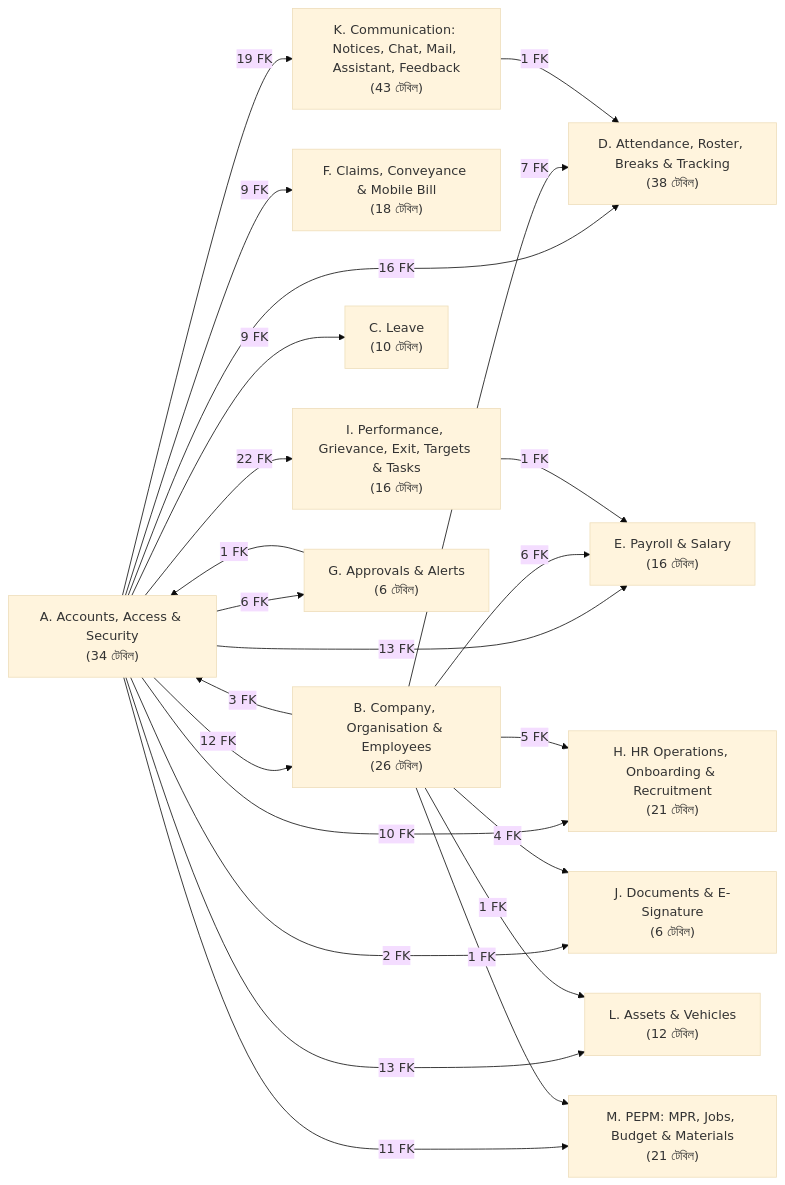
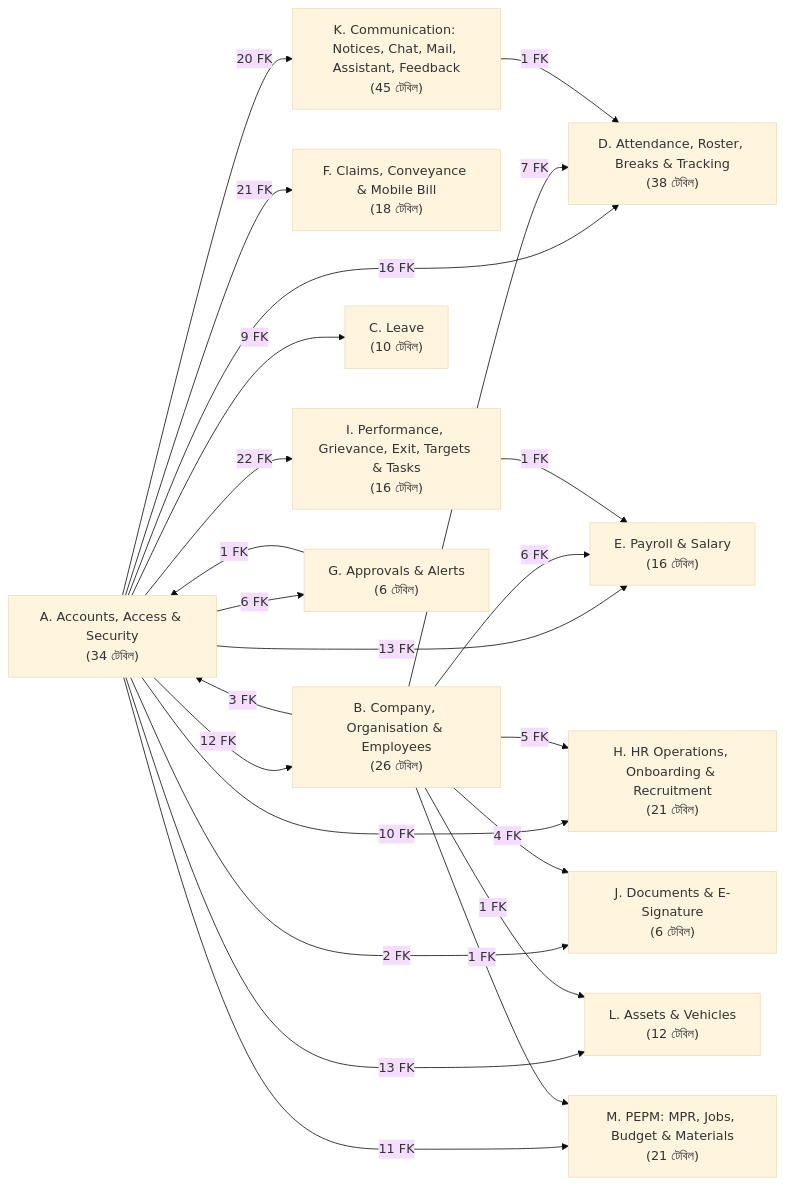
One commit to ruhulamencredence/CredenceHR changed the diagram in docs/architecture/database/diagrams/00-module-map.mmd. Above: the diagram before and after it, drawn with Mermaid (base theme). The commit also changed 27 other files, not shown here.

First line of the commit message:
docs: chat_lists and chat_list_rooms in the data dictionary and diagrams

```diff
--- a/docs/architecture/database/diagrams/00-module-map.mmd
+++ b/docs/architecture/database/diagrams/00-module-map.mmd
@@ -1,36 +1,36 @@
 flowchart LR
-  K["K. Communication: Notices, Chat, Mail, Assistant, Feedback<br/>(43 টেবিল)"]
+  K["K. Communication: Notices, Chat, Mail, Assistant, Feedback<br/>(45 টেবিল)"]
   H["H. HR Operations, Onboarding & Recruitment<br/>(21 টেবিল)"]
   D["D. Attendance, Roster, Breaks & Tracking<br/>(38 টেবিল)"]
   A["A. Accounts, Access & Security<br/>(34 টেবিল)"]
   M["M. PEPM: MPR, Jobs, Budget & Materials<br/>(21 টেবিল)"]
   F["F. Claims, Conveyance & Mobile Bill<br/>(18 টেবিল)"]
   B["B. Company, Organisation & Employees<br/>(26 টেবিল)"]
   C["C. Leave<br/>(10 টেবিল)"]
   L["L. Assets & Vehicles<br/>(12 টেবিল)"]
   J["J. Documents & E-Signature<br/>(6 টেবিল)"]
   E["E. Payroll & Salary<br/>(16 টেবিল)"]
   I["I. Performance, Grievance, Exit, Targets & Tasks<br/>(16 টেবিল)"]
   G["G. Approvals & Alerts<br/>(6 টেবিল)"]
   A -->|12 FK| B
   A -->|9 FK| C
   A -->|16 FK| D
   A -->|13 FK| E
-  A -->|9 FK| F
+  A -->|21 FK| F
   A -->|6 FK| G
   A -->|10 FK| H
   A -->|22 FK| I
   A -->|2 FK| J
-  A -->|19 FK| K
+  A -->|20 FK| K
   A -->|13 FK| L
   A -->|11 FK| M
   B -->|3 FK| A
   B -->|7 FK| D
   B -->|6 FK| E
   B -->|5 FK| H
   B -->|4 FK| J
   B -->|1 FK| L
   B -->|1 FK| M
   G -->|1 FK| A
   I -->|1 FK| E
   K -->|1 FK| D
```
